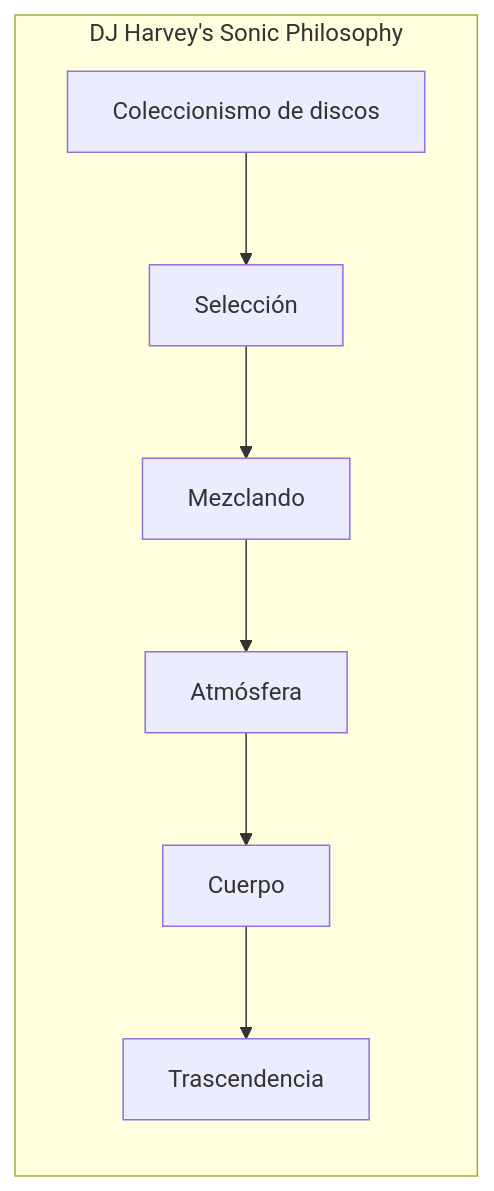
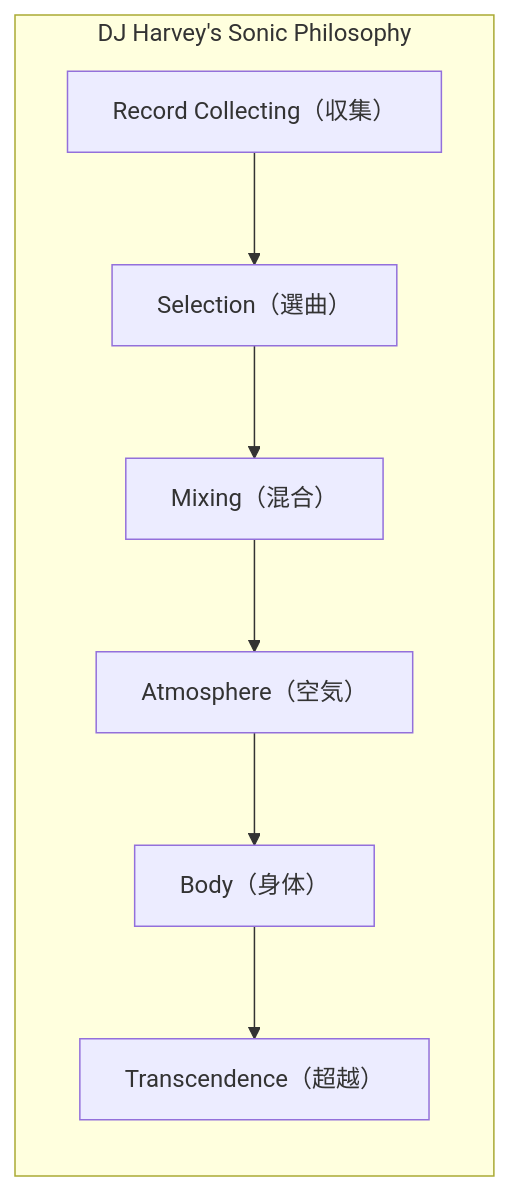
The second of 5 diagrams in es/_posts/2025-10-27-column-harvey-vinyl.md (monumental-movement/monumental-movement.github.io), drawn with Mermaid before and after one commit. The commit also changed other lines of this file and 299 other files, not shown here.

```diff
--- a/es/_posts/2025-10-27-column-harvey-vinyl.md
+++ b/es/_posts/2025-10-27-column-harvey-vinyl.md
@@ -159,25 +159,25 @@
 <div class="mermaid">
 
 flowchart TD
-    A["Coleccionismo de discos"]
-    B["Selección"]
-    C["Mezclando"]
-    D["Atmósfera"]
-    E["Cuerpo"]
-    F["Trascendencia"]
+    A["Record Collecting（収集）"]
+    B["Selection（選曲）"]
+    C["Mixing（混合）"]
+    D["Atmosphere（空気）"]
+    E["Body（身体）"]
+    F["Transcendence（超越）"]
 
     A --> B --> C --> D --> E --> F
 
     subgraph HarveyWorld["DJ Harvey's Sonic Philosophy"]
     direction TB
     A
     B
     C
     D
     E
     F
     end
 
 
 
 </div>
```
